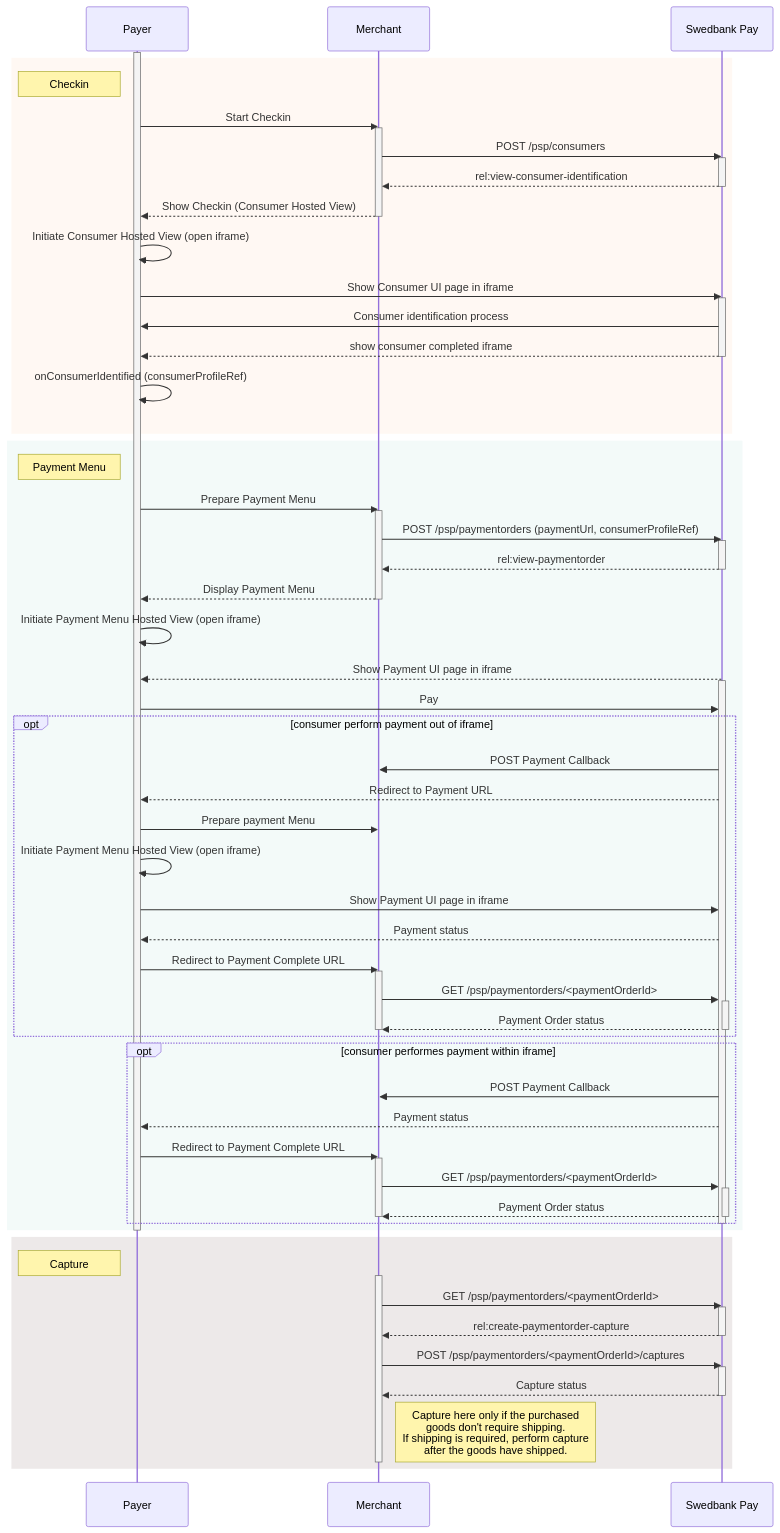
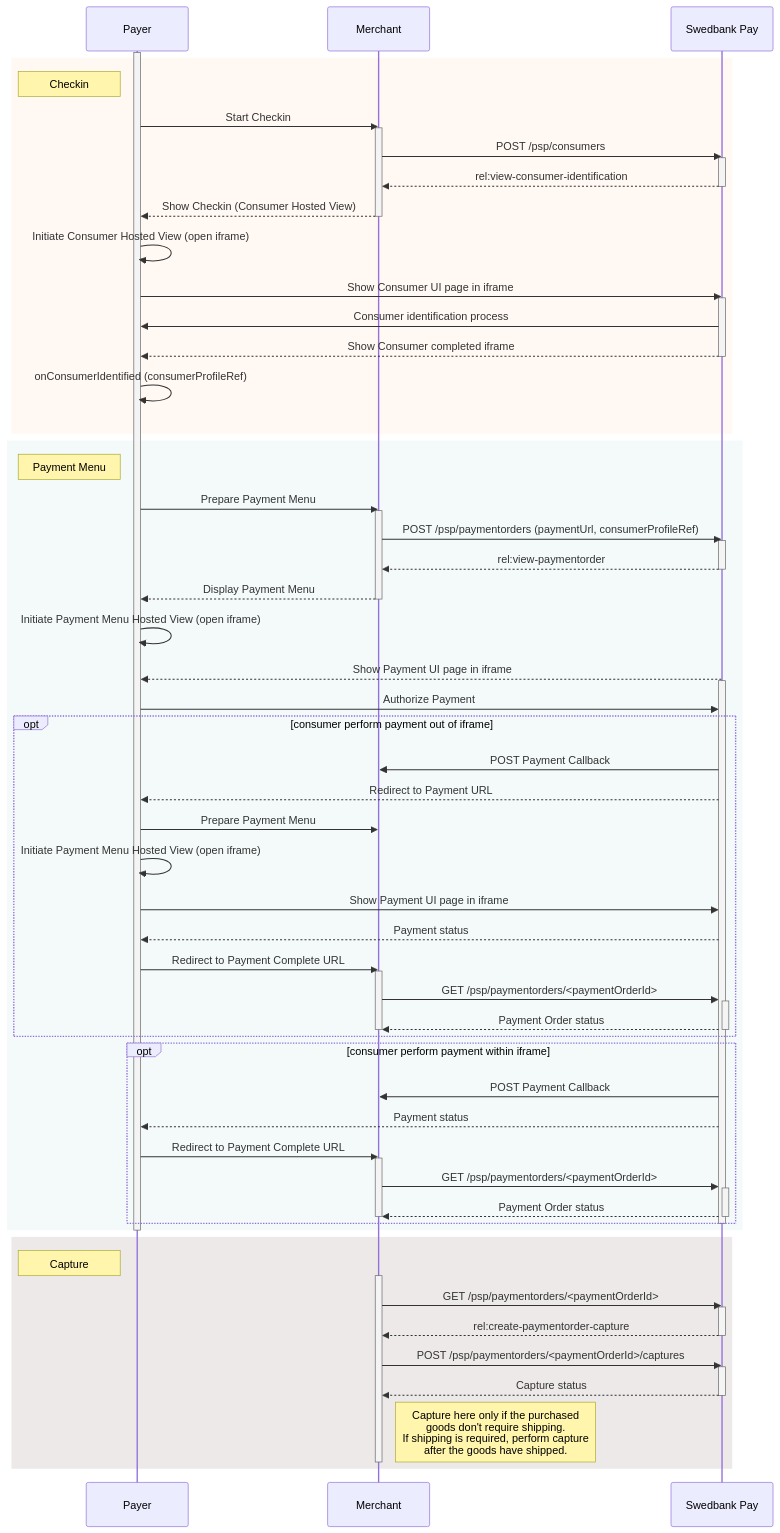
The diagram in checkout/index.md (SwedbankPay/developer.swedbankpay.com), drawn with Mermaid before and after one commit.

Commit message:
Fix(index): grammar/spelling and changed from 'pay' to 'authorize'

```diff
--- a/checkout/index.md
+++ b/checkout/index.md
@@ -73,7 +73,7 @@
             Payer ->> SwedbankPay: Show Consumer UI page in iframe
             activate SwedbankPay
                 SwedbankPay ->> Payer: Consumer identification process
-                SwedbankPay -->> Payer: show consumer completed iframe
+                SwedbankPay -->> Payer: Show Consumer completed iframe
             deactivate SwedbankPay
             Payer ->> Payer: onConsumerIdentified (consumerProfileRef)
         end
@@ -91,11 +91,11 @@
             Payer ->> Payer: Initiate Payment Menu Hosted View (open iframe)
             SwedbankPay -->> Payer: Show Payment UI page in iframe
             activate SwedbankPay
-                Payer ->> SwedbankPay: Pay
+                Payer ->> SwedbankPay: Authorize Payment
                 opt consumer perform payment out of iframe
                     SwedbankPay ->> Merchant: POST Payment Callback
                     SwedbankPay -->> Payer: Redirect to Payment URL
-                    Payer ->> Merchant: Prepare payment Menu
+                    Payer ->> Merchant: Prepare Payment Menu
                     Payer ->> Payer: Initiate Payment Menu Hosted View (open iframe)
                     Payer ->> SwedbankPay: Show Payment UI page in iframe
                     SwedbankPay -->> Payer: Payment status
@@ -107,7 +107,7 @@
                         deactivate SwedbankPay
                     deactivate Merchant
                 end
-                opt consumer performes payment within iframe
+                opt consumer perform payment within iframe
                     SwedbankPay ->> Merchant: POST Payment Callback
                     SwedbankPay -->> Payer: Payment status
                     Payer ->> Merchant: Redirect to Payment Complete URL
```
